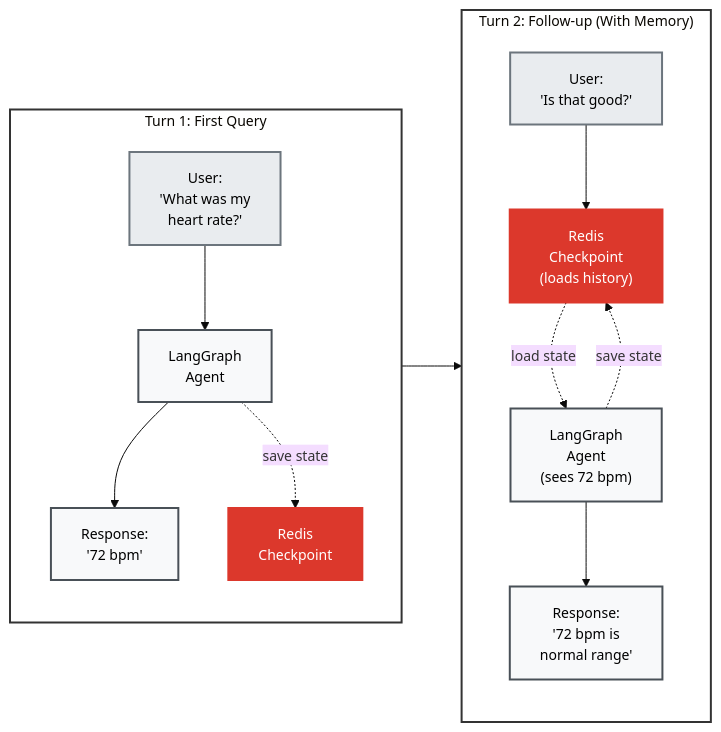
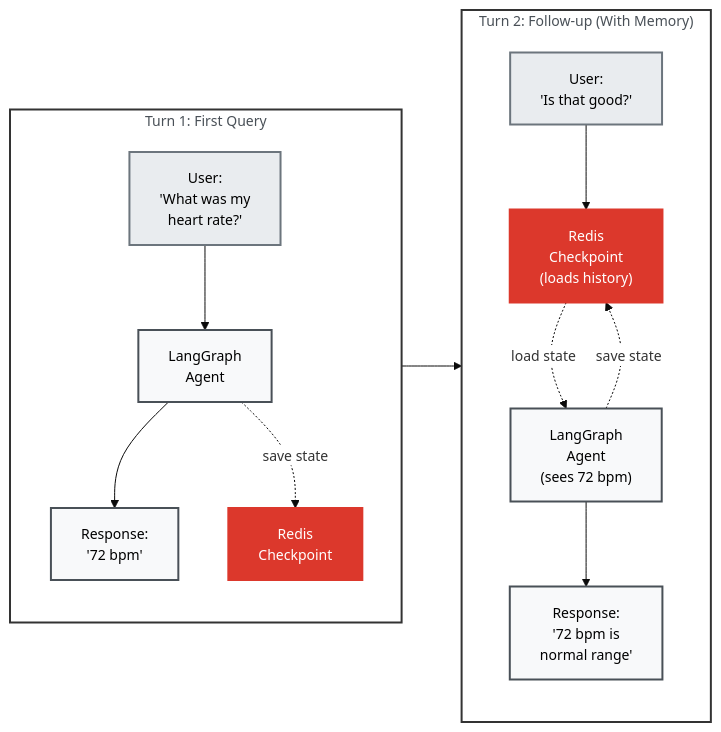
One commit to AllieRays/redis-wellness changed the first of 2 diagrams in docs/12_LANGGRAPH_CHECKPOINTING.md. Above: the diagram before and after it, drawn with Mermaid. The commit also changed other lines of this file and 1 other file, not shown here.

````diff
--- a/docs/12_LANGGRAPH_CHECKPOINTING.md
+++ b/docs/12_LANGGRAPH_CHECKPOINTING.md
@@ -21,39 +21,39 @@
 ```mermaid
-%%{init: {'theme':'base', 'themeVariables': { 'fontSize':'14px'}, 'flowchart': {'nodeSpacing': 50, 'rankSpacing': 60}}}%%
+%%{init: {'theme':'base', 'themeVariables': { 'fontSize':'14px', 'edgeLabelBackground':'#fff', 'tertiaryColor':'#6c757d', 'tertiaryTextColor':'#495057'}, 'flowchart': {'nodeSpacing': 50, 'rankSpacing': 60}}}%%
 flowchart LR
     subgraph Turn1["Turn 1: First Query"]
         U1["User:<br/>'What was my<br/>heart rate?'"]
         L1["LangGraph<br/>Agent"]
         R1["Redis<br/>Checkpoint"]
         A1["Response:<br/>'72 bpm'"]
 
         U1 --> L1
         L1 --> A1
         L1 -."save state".-> R1
     end
 
     subgraph Turn2["Turn 2: Follow-up (With Memory)"]
         U2["User:<br/>'Is that good?'"]
         R2["Redis<br/>Checkpoint<br/>(loads history)"]
         L2["LangGraph<br/>Agent<br/>(sees 72 bpm)"]
         A2["Response:<br/>'72 bpm is<br/>normal range'"]
 
         U2 --> R2
         R2 -."load state".-> L2
         L2 --> A2
         L2 -."save state".-> R2
     end
 
     Turn1 --> Turn2
 
     style Turn1 fill:none,stroke:#333,stroke-width:2px
     style Turn2 fill:none,stroke:#333,stroke-width:2px
     style U1 fill:#e9ecef,stroke:#6c757d,stroke-width:2px,color:#000
     style U2 fill:#e9ecef,stroke:#6c757d,stroke-width:2px,color:#000
     style L1 fill:#f8f9fa,stroke:#495057,stroke-width:2px,color:#000
     style L2 fill:#f8f9fa,stroke:#495057,stroke-width:2px,color:#000
     style R1 fill:#DC382C,stroke:#DC382C,stroke-width:2px,color:#fff
     style R2 fill:#DC382C,stroke:#DC382C,stroke-width:2px,color:#fff
     style A1 fill:#f8f9fa,stroke:#495057,stroke-width:2px,color:#000
     style A2 fill:#f8f9fa,stroke:#495057,stroke-width:2px,color:#000
 ```
````
